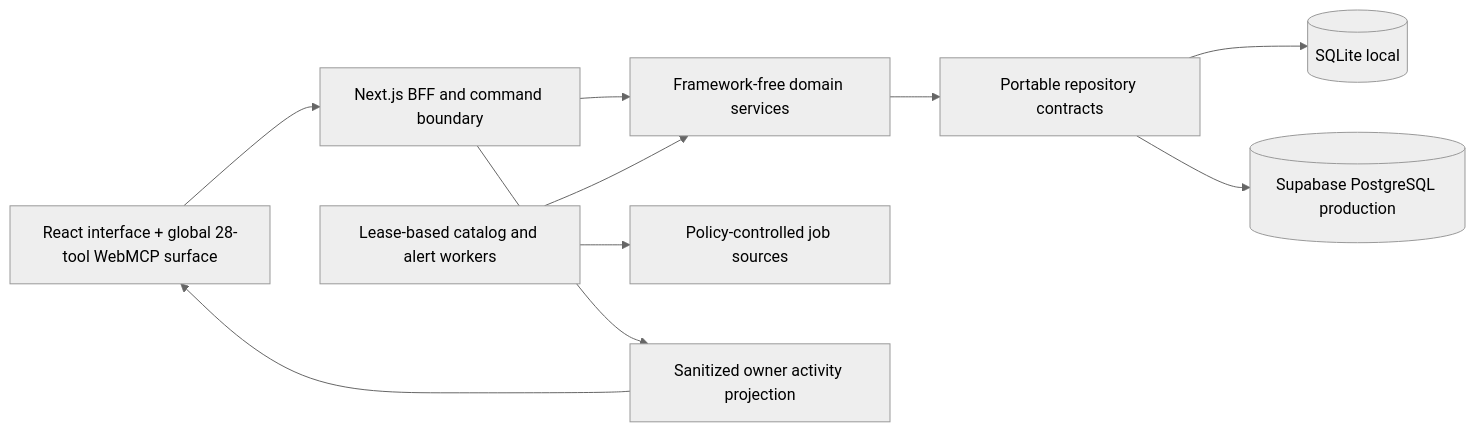
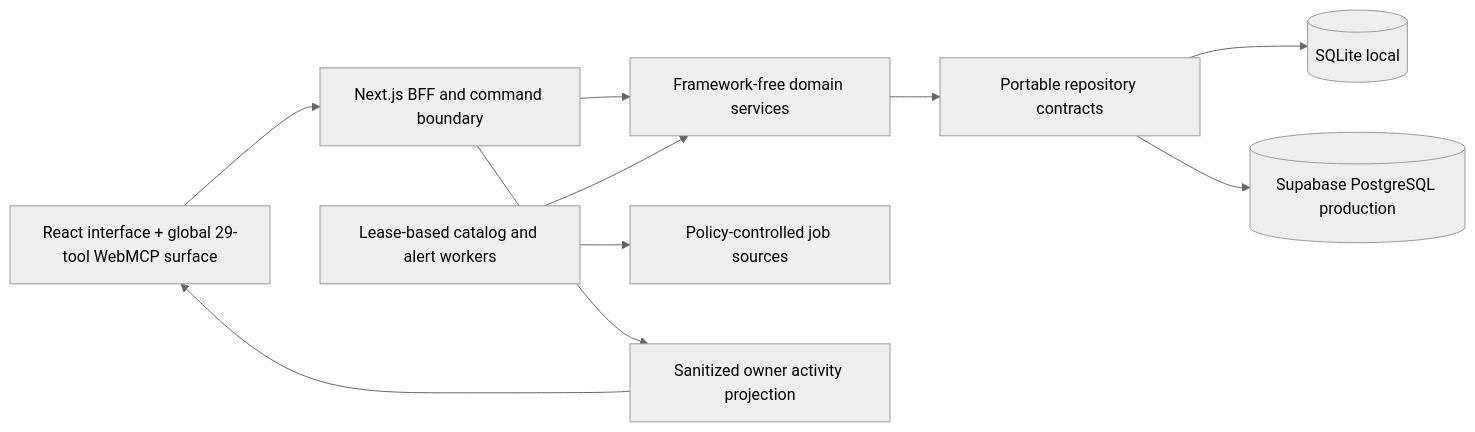
The diagram in README.md (der-bear/jobbbler), drawn with Mermaid (neutral theme) before and after one commit. The commit also changed 126 other files, not shown here.

Commit message:
feat: harden global WebMCP workflows and UX

````diff
--- a/README.md
+++ b/README.md
@@ -154,12 +154,12 @@
 ```mermaid
 flowchart LR
-  Browser[React interface + global 28-tool WebMCP surface] --> API[Next.js BFF and command boundary]
+  Browser[React interface + global 29-tool WebMCP surface] --> API[Next.js BFF and command boundary]
   API --> Domain[Framework-free domain services]
   Domain --> Storage[Portable repository contracts]
   Storage --> SQLite[(SQLite local)]
   Storage --> Postgres[(Supabase PostgreSQL production)]
   Worker[Lease-based catalog and alert workers] --> Domain
   Worker --> Sources[Policy-controlled job sources]
   API --> Activity[Sanitized owner activity projection]
   Activity --> Browser
 ```
````
